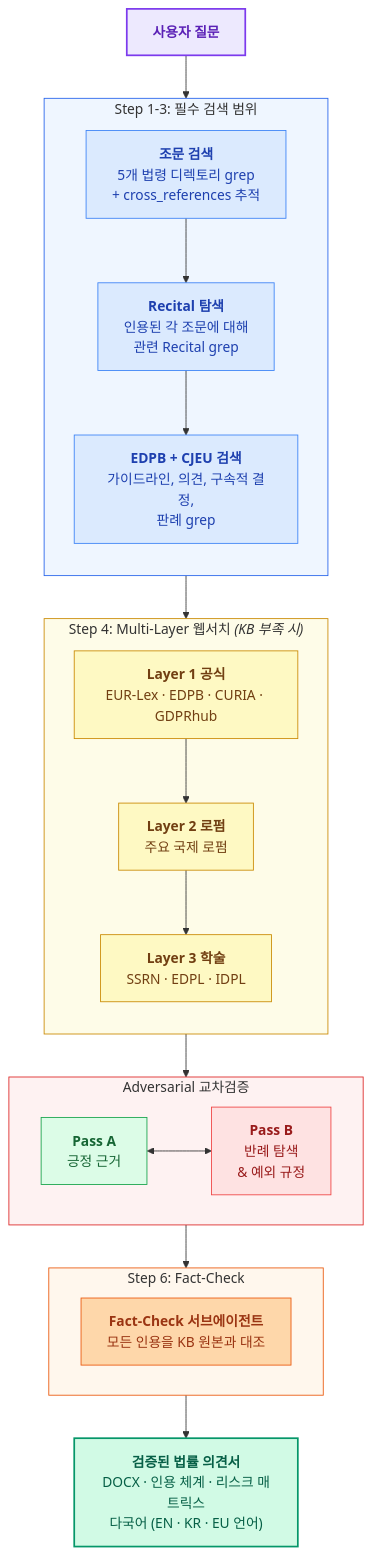
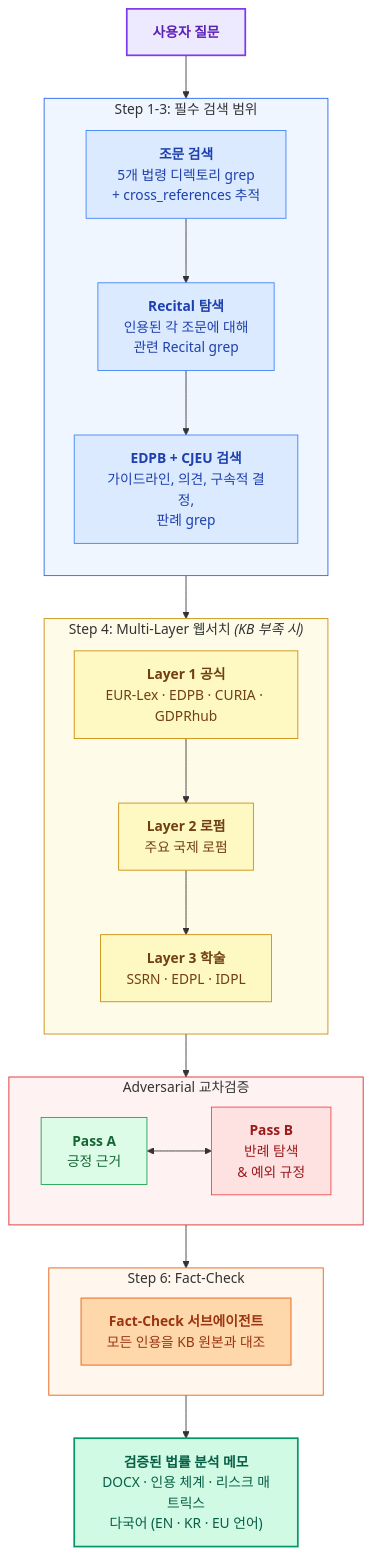
Before and after one commit to lowtidebuild/GDPR-expert: the third of 3 diagrams in README.ko.md, drawn with Mermaid. The commit also changed other lines of this file and 11 other files, not shown here.

````diff
--- a/README.ko.md
+++ b/README.ko.md
@@ -282,55 +282,55 @@
 ```mermaid
 flowchart TD
     Q["<b>사용자 질문</b>"]
 
     subgraph kb["Step 1-3: 필수 검색 범위"]
         direction TB
         S1["<b>조문 검색</b><br/>5개 법령 디렉토리 grep<br/>+ cross_references 추적"]
         S2["<b>Recital 탐색</b><br/>인용된 각 조문에 대해<br/>관련 Recital grep"]
         S3["<b>EDPB + CJEU 검색</b><br/>가이드라인, 의견, 구속적 결정,<br/>판례 grep"]
         S1 --> S2 --> S3
     end
 
     subgraph web["Step 4: Multi-Layer 웹서치 <i>(KB 부족 시)</i>"]
         direction TB
         L1["<b>Layer 1 공식</b><br/>EUR-Lex · EDPB · CURIA · GDPRhub"]
         L2["<b>Layer 2 로펌</b><br/>주요 국제 로펌"]
         L3["<b>Layer 3 학술</b><br/>SSRN · EDPL · IDPL"]
         L1 --> L2 --> L3
     end
 
     subgraph verify["Adversarial 교차검증"]
         direction LR
         PA["<b>Pass A</b><br/>긍정 근거"]
         PB["<b>Pass B</b><br/>반례 탐색<br/>& 예외 규정"]
         PA <--> PB
     end
 
     subgraph fc["Step 6: Fact-Check"]
         FC["<b>Fact-Check 서브에이전트</b><br/>모든 인용을 KB 원본과 대조"]
     end
 
-    O["<b>검증된 법률 의견서</b><br/>DOCX · 인용 체계 · 리스크 매트릭스<br/>다국어 (EN · KR · EU 언어)"]
+    O["<b>검증된 법률 분석 메모</b><br/>DOCX · 인용 체계 · 리스크 매트릭스<br/>다국어 (EN · KR · EU 언어)"]
 
     Q --> kb
     kb --> web
     web --> verify
     verify --> fc
     fc --> O
 
     style Q fill:#ede9fe,stroke:#7c3aed,stroke-width:2px,color:#5b21b6
     style kb fill:#eff6ff,stroke:#2563eb,stroke-width:1px
     style web fill:#fefce8,stroke:#ca8a04,stroke-width:1px
     style verify fill:#fef2f2,stroke:#dc2626,stroke-width:1px
     style fc fill:#fff7ed,stroke:#ea580c,stroke-width:1px
     style FC fill:#fed7aa,stroke:#ea580c,color:#9a3412
     style O fill:#d1fae5,stroke:#059669,stroke-width:2px,color:#065f46
     style S1 fill:#dbeafe,stroke:#3b82f6,color:#1e40af
     style S2 fill:#dbeafe,stroke:#3b82f6,color:#1e40af
     style S3 fill:#dbeafe,stroke:#3b82f6,color:#1e40af
     style L1 fill:#fef9c3,stroke:#ca8a04,color:#713f12
     style L2 fill:#fef9c3,stroke:#ca8a04,color:#713f12
     style L3 fill:#fef9c3,stroke:#ca8a04,color:#713f12
     style PA fill:#dcfce7,stroke:#16a34a,color:#166534
     style PB fill:#fee2e2,stroke:#ef4444,color:#991b1b
 ```
````
